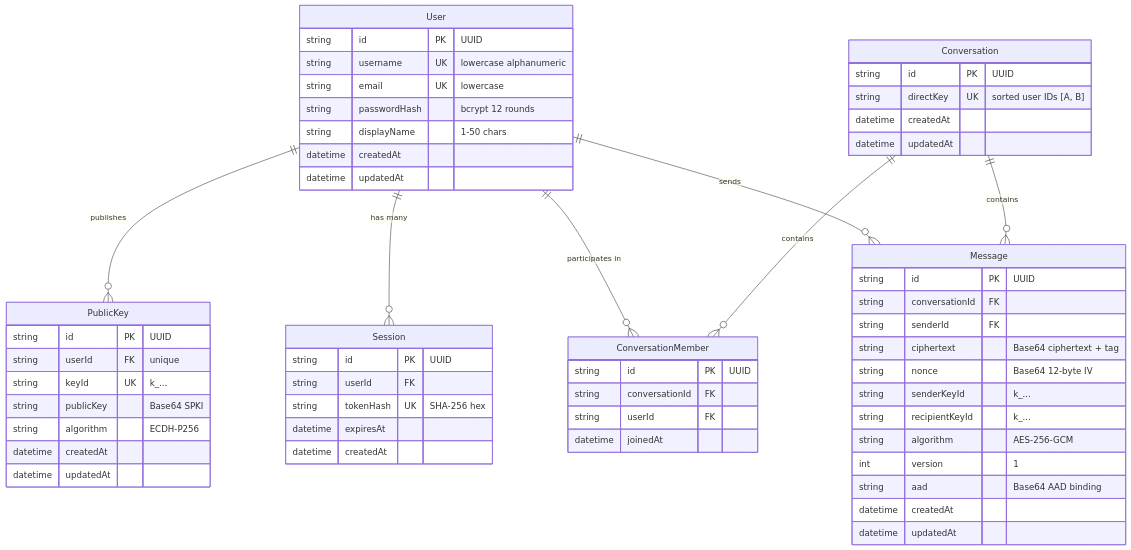
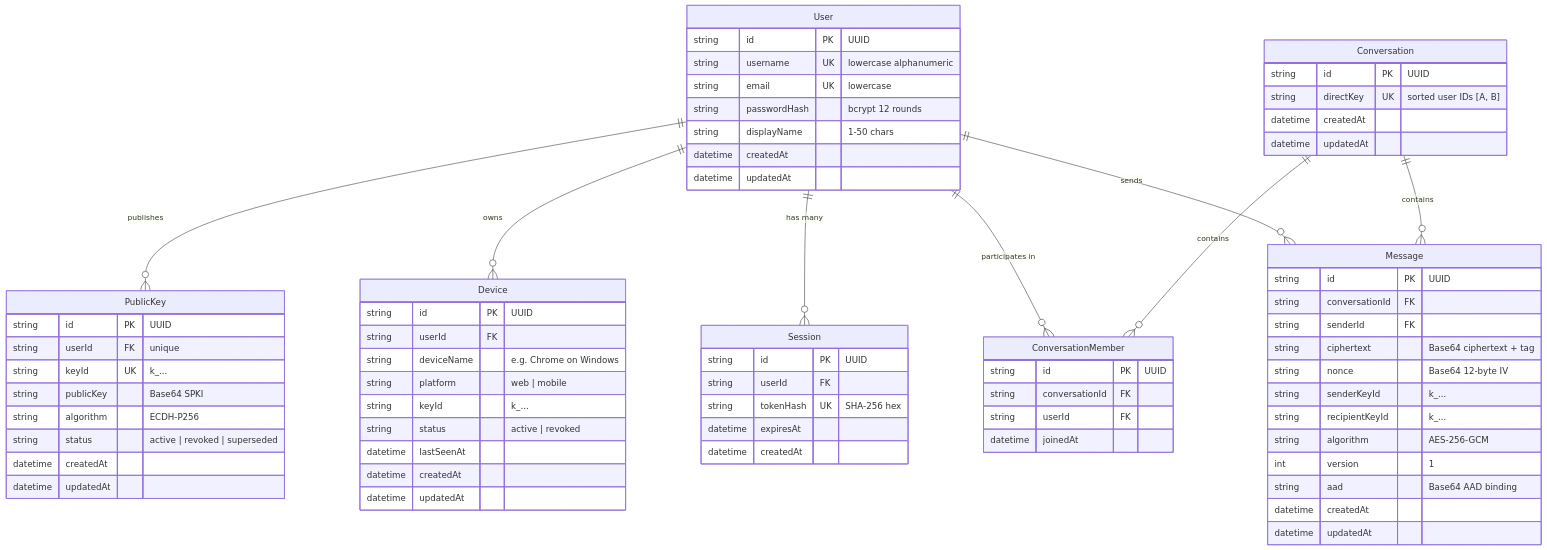
Before and after one commit to vithyakrish1402-web/Vade: the diagram in ARCHITECTURE.md, drawn with Mermaid. The commit also changed other lines of this file and 6 other files, not shown here.

````diff
--- a/ARCHITECTURE.md
+++ b/ARCHITECTURE.md
@@ -88,66 +104,80 @@
 ```mermaid
 erDiagram
     User ||--o{ PublicKey : "publishes"
+    User ||--o{ Device : "owns"
     User ||--o{ Session : "has many"
     User ||--o{ ConversationMember : "participates in"
     User ||--o{ Message : "sends"
     Conversation ||--o{ ConversationMember : "contains"
     Conversation ||--o{ Message : "contains"
 
     User {
         string id PK "UUID"
         string username UK "lowercase alphanumeric"
         string email UK "lowercase"
         string passwordHash "bcrypt 12 rounds"
         string displayName "1-50 chars"
         datetime createdAt
         datetime updatedAt
     }
 
     PublicKey {
         string id PK "UUID"
         string userId FK "unique"
         string keyId UK "k_..."
         string publicKey "Base64 SPKI"
         string algorithm "ECDH-P256"
+        string status "active | revoked | superseded"
+        datetime createdAt
+        datetime updatedAt
+    }
+
+    Device {
+        string id PK "UUID"
+        string userId FK
+        string deviceName "e.g. Chrome on Windows"
+        string platform "web | mobile"
+        string keyId "k_..."
+        string status "active | revoked"
+        datetime lastSeenAt
         datetime createdAt
         datetime updatedAt
     }
 
     Session {
         string id PK "UUID"
         string userId FK
         string tokenHash UK "SHA-256 hex"
         datetime expiresAt
         datetime createdAt
     }
 
     Conversation {
         string id PK "UUID"
         string directKey UK "sorted user IDs [A, B]"
         datetime createdAt
         datetime updatedAt
     }
 
     ConversationMember {
         string id PK "UUID"
         string conversationId FK
         string userId FK
         datetime joinedAt
     }
 
     Message {
         string id PK "UUID"
         string conversationId FK
         string senderId FK
         string ciphertext "Base64 ciphertext + tag"
         string nonce "Base64 12-byte IV"
         string senderKeyId "k_..."
         string recipientKeyId "k_..."
         string algorithm "AES-256-GCM"
         int version "1"
         string aad "Base64 AAD binding"
         datetime createdAt
         datetime updatedAt
     }
 ```
````
